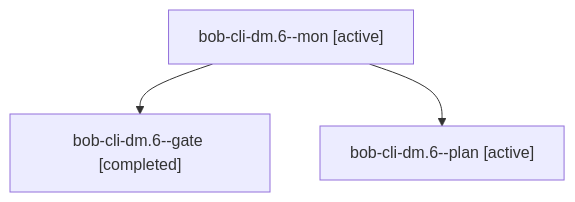
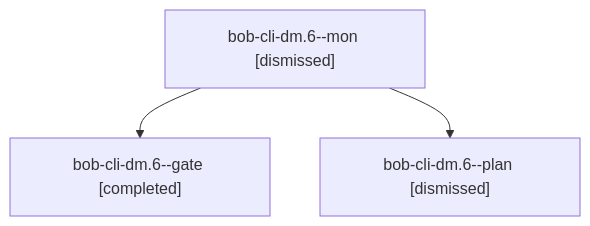
Before and after one commit to bobs-org/bob-cli--agents: the diagram in sessions/bbugyi200.apollo.bob-cli-dm.6.md, drawn with Mermaid. The commit also changed other lines of this file and 222 other files, not shown here.

````diff
--- a/sessions/bbugyi200.apollo.bob-cli-dm.6.md
+++ b/sessions/bbugyi200.apollo.bob-cli-dm.6.md
@@ -9,8 +9,8 @@
 ```mermaid
 flowchart TD
-  n0["bob-cli-dm.6--mon [active]"]
+  n0["bob-cli-dm.6--mon [dismissed]"]
   n1["bob-cli-dm.6--gate [completed]"]
   n0 --> n1
-  n2["bob-cli-dm.6--plan [active]"]
+  n2["bob-cli-dm.6--plan [dismissed]"]
   n0 --> n2
 ```
````
